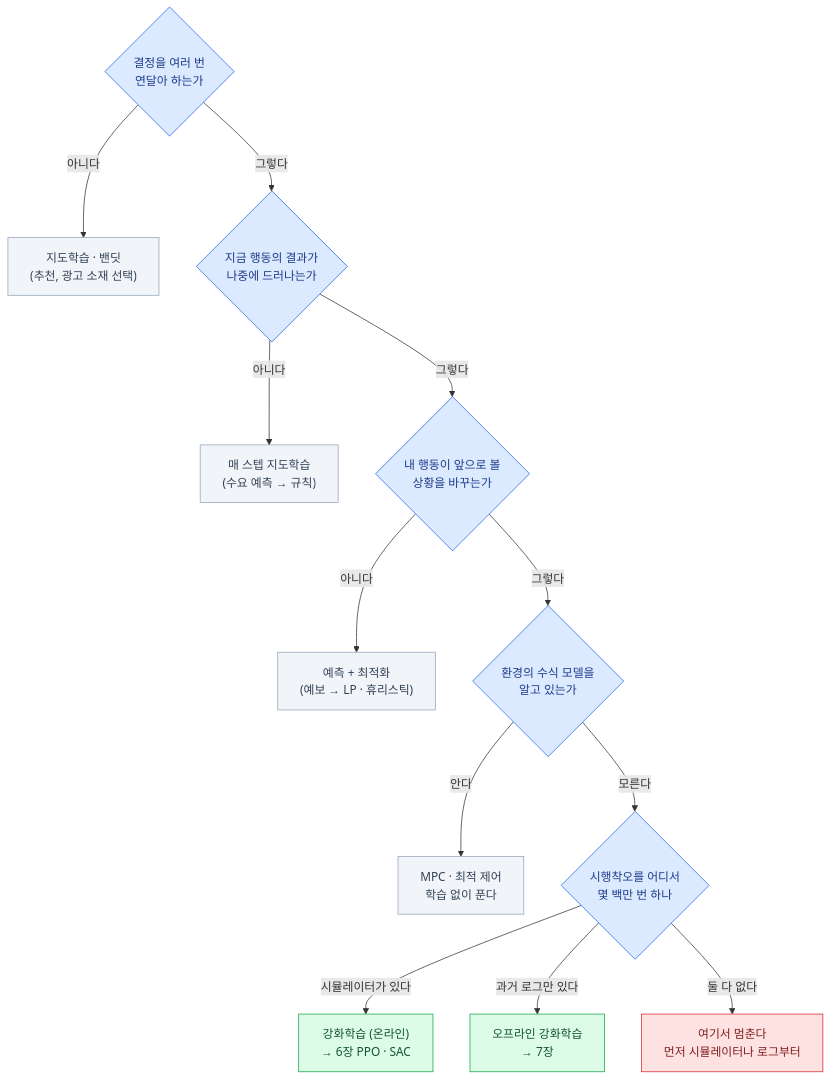
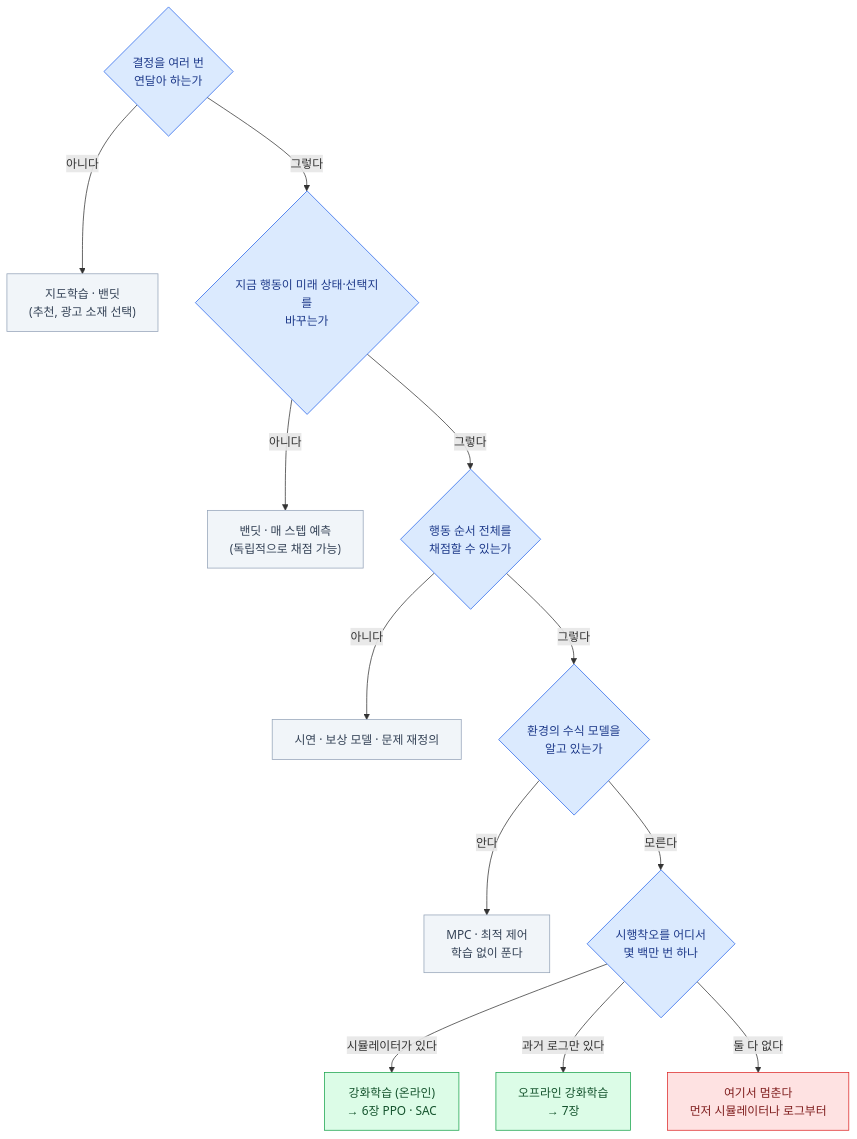
One commit to mechurak/study-starlight changed the first of 2 diagrams in src/content/docs/rl/01-why.mdx. Above: the diagram before and after it, drawn with Mermaid. The commit also changed other lines of this file and 21 other files, not shown here.

````diff
--- a/src/content/docs/rl/01-why.mdx
+++ b/src/content/docs/rl/01-why.mdx
@@ -85,23 +89,23 @@
 ```mermaid
 flowchart TB
     Q1{"결정을 여러 번<br/>연달아 하는가"} -->|"아니다"| B1["지도학습 · 밴딧<br/>(추천, 광고 소재 선택)"]
-    Q1 -->|"그렇다"| Q2{"지금 행동의 결과가<br/>나중에 드러나는가"}
-    Q2 -->|"아니다"| B2["매 스텝 지도학습<br/>(수요 예측 → 규칙)"]
-    Q2 -->|"그렇다"| Q3{"내 행동이 앞으로 볼<br/>상황을 바꾸는가"}
-    Q3 -->|"아니다"| B3["예측 + 최적화<br/>(예보 → LP · 휴리스틱)"]
+    Q1 -->|"그렇다"| Q2{"지금 행동이 미래 상태·선택지를<br/>바꾸는가"}
+    Q2 -->|"아니다"| B2["밴딧 · 매 스텝 예측<br/>(독립적으로 채점 가능)"]
+    Q2 -->|"그렇다"| Q3{"행동 순서 전체를<br/>채점할 수 있는가"}
+    Q3 -->|"아니다"| B3["시연 · 보상 모델 · 문제 재정의"]
     Q3 -->|"그렇다"| Q4{"환경의 수식 모델을<br/>알고 있는가"}
     Q4 -->|"안다"| B4["MPC · 최적 제어<br/>학습 없이 푼다"]
     Q4 -->|"모른다"| Q5{"시행착오를 어디서<br/>몇 백만 번 하나"}
     Q5 -->|"시뮬레이터가 있다"| RL1["강화학습 (온라인)<br/>→ 6장 PPO · SAC"]
     Q5 -->|"과거 로그만 있다"| RL2["오프라인 강화학습<br/>→ 7장"]
     Q5 -->|"둘 다 없다"| B5["여기서 멈춘다<br/>먼저 시뮬레이터나 로그부터"]
 
     classDef ok   fill:#dcfce7,stroke:#16a34a,color:#14532d
     classDef bad  fill:#fee2e2,stroke:#dc2626,color:#7f1d1d
     classDef mute fill:#f1f5f9,stroke:#94a3b8,color:#334155
     classDef key  fill:#dbeafe,stroke:#2563eb,color:#1e3a8a
     class RL1,RL2 ok
     class B5 bad
     class B1,B2,B3,B4 mute
     class Q1,Q2,Q3,Q4,Q5 key
 ```
````
